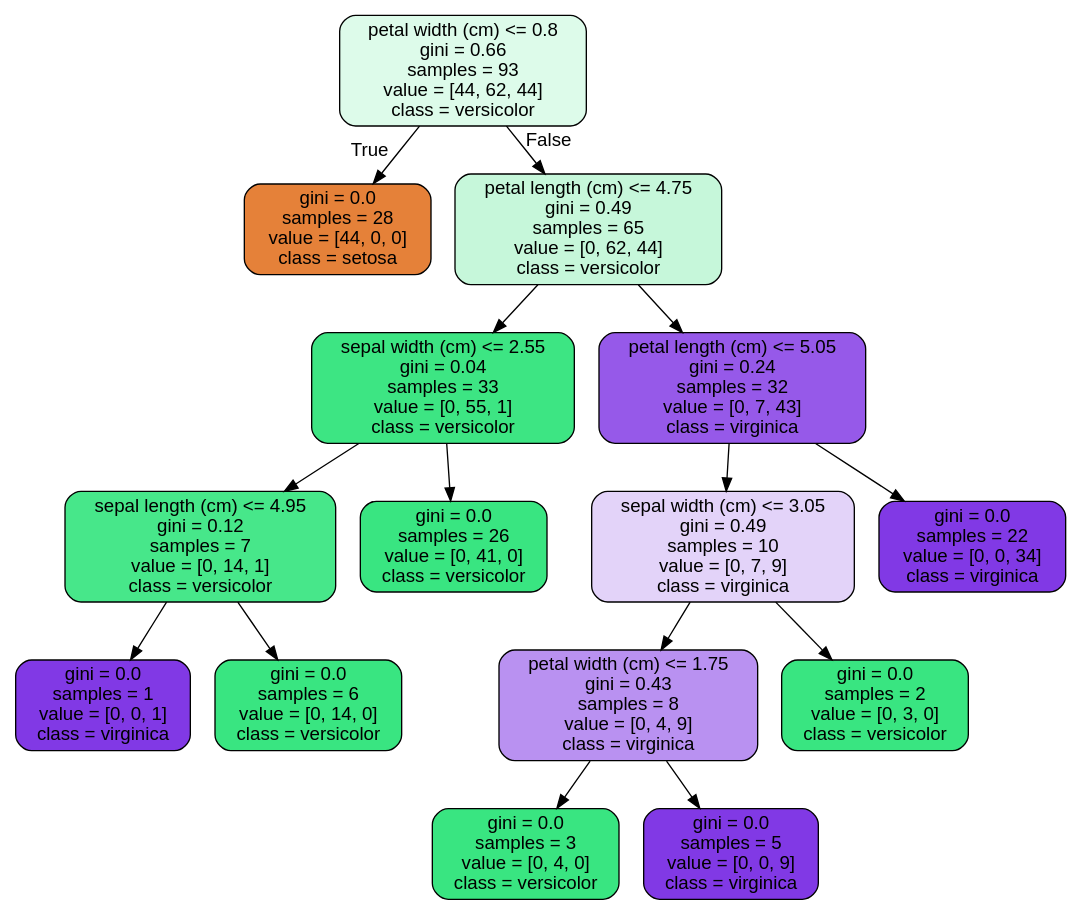
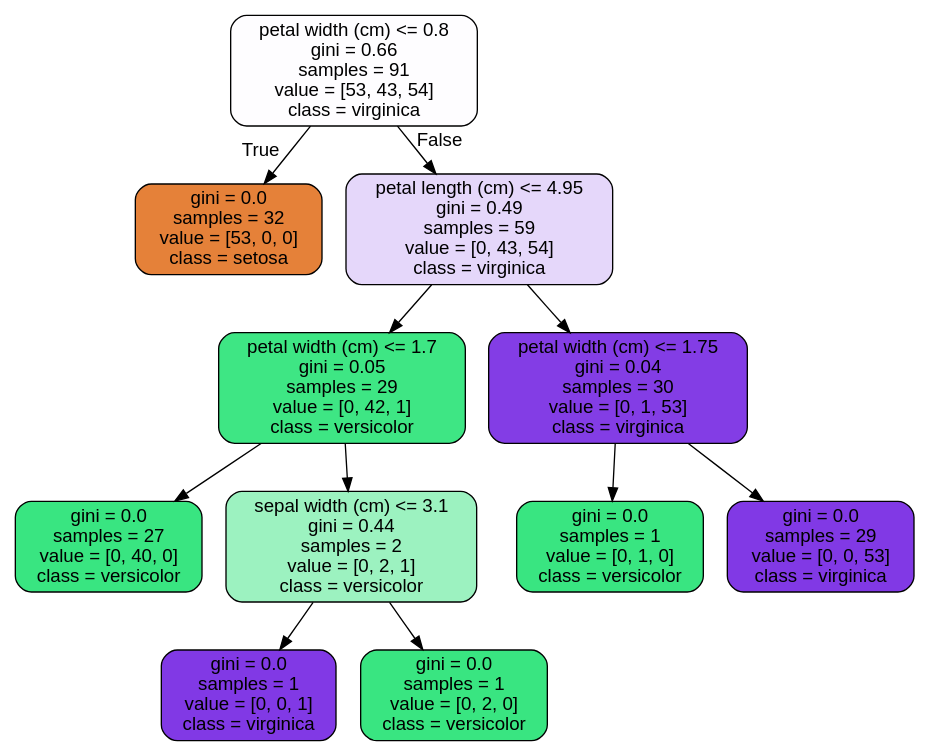
The diagram in 14.4RandomForest Covid Case Study_06302020/tree.dot (shenty1991/springboard), drawn with Graphviz before and after one commit. The commit also changed 9 other files, not shown here.

```diff
--- a/14.4RandomForest Covid Case Study_06302020/tree.dot
+++ b/14.4RandomForest Covid Case Study_06302020/tree.dot
@@ -1,33 +1,25 @@
 digraph Tree {
 node [shape=box, style="filled, rounded", color="black", fontname=helvetica] ;
 edge [fontname=helvetica] ;
-0 [label="petal width (cm) <= 0.8\ngini = 0.66\nsamples = 93\nvalue = [44, 62, 44]\nclass = versicolor", fillcolor="#ddfbea"] ;
-1 [label="gini = 0.0\nsamples = 28\nvalue = [44, 0, 0]\nclass = setosa", fillcolor="#e58139"] ;
+0 [label="petal width (cm) <= 0.8\ngini = 0.66\nsamples = 91\nvalue = [53, 43, 54]\nclass = virginica", fillcolor="#fefdff"] ;
+1 [label="gini = 0.0\nsamples = 32\nvalue = [53, 0, 0]\nclass = setosa", fillcolor="#e58139"] ;
 0 -> 1 [labeldistance=2.5, labelangle=45, headlabel="True"] ;
-2 [label="petal length (cm) <= 4.75\ngini = 0.49\nsamples = 65\nvalue = [0, 62, 44]\nclass = versicolor", fillcolor="#c6f7da"] ;
+2 [label="petal length (cm) <= 4.95\ngini = 0.49\nsamples = 59\nvalue = [0, 43, 54]\nclass = virginica", fillcolor="#e5d7fa"] ;
 0 -> 2 [labeldistance=2.5, labelangle=-45, headlabel="False"] ;
-3 [label="sepal width (cm) <= 2.55\ngini = 0.04\nsamples = 33\nvalue = [0, 55, 1]\nclass = versicolor", fillcolor="#3de583"] ;
+3 [label="petal width (cm) <= 1.7\ngini = 0.05\nsamples = 29\nvalue = [0, 42, 1]\nclass = versicolor", fillcolor="#3ee684"] ;
 2 -> 3 ;
-4 [label="sepal length (cm) <= 4.95\ngini = 0.12\nsamples = 7\nvalue = [0, 14, 1]\nclass = versicolor", fillcolor="#47e78a"] ;
+4 [label="gini = 0.0\nsamples = 27\nvalue = [0, 40, 0]\nclass = versicolor", fillcolor="#39e581"] ;
 3 -> 4 ;
-5 [label="gini = 0.0\nsamples = 1\nvalue = [0, 0, 1]\nclass = virginica", fillcolor="#8139e5"] ;
-4 -> 5 ;
-6 [label="gini = 0.0\nsamples = 6\nvalue = [0, 14, 0]\nclass = versicolor", fillcolor="#39e581"] ;
-4 -> 6 ;
-7 [label="gini = 0.0\nsamples = 26\nvalue = [0, 41, 0]\nclass = versicolor", fillcolor="#39e581"] ;
-3 -> 7 ;
-8 [label="petal length (cm) <= 5.05\ngini = 0.24\nsamples = 32\nvalue = [0, 7, 43]\nclass = virginica", fillcolor="#9659e9"] ;
+5 [label="sepal width (cm) <= 3.1\ngini = 0.44\nsamples = 2\nvalue = [0, 2, 1]\nclass = versicolor", fillcolor="#9cf2c0"] ;
+3 -> 5 ;
+6 [label="gini = 0.0\nsamples = 1\nvalue = [0, 0, 1]\nclass = virginica", fillcolor="#8139e5"] ;
+5 -> 6 ;
+7 [label="gini = 0.0\nsamples = 1\nvalue = [0, 2, 0]\nclass = versicolor", fillcolor="#39e581"] ;
+5 -> 7 ;
+8 [label="petal width (cm) <= 1.75\ngini = 0.04\nsamples = 30\nvalue = [0, 1, 53]\nclass = virginica", fillcolor="#833de5"] ;
 2 -> 8 ;
-9 [label="sepal width (cm) <= 3.05\ngini = 0.49\nsamples = 10\nvalue = [0, 7, 9]\nclass = virginica", fillcolor="#e3d3f9"] ;
+9 [label="gini = 0.0\nsamples = 1\nvalue = [0, 1, 0]\nclass = versicolor", fillcolor="#39e581"] ;
 8 -> 9 ;
-10 [label="petal width (cm) <= 1.75\ngini = 0.43\nsamples = 8\nvalue = [0, 4, 9]\nclass = virginica", fillcolor="#b991f1"] ;
-9 -> 10 ;
-11 [label="gini = 0.0\nsamples = 3\nvalue = [0, 4, 0]\nclass = versicolor", fillcolor="#39e581"] ;
-10 -> 11 ;
-12 [label="gini = 0.0\nsamples = 5\nvalue = [0, 0, 9]\nclass = virginica", fillcolor="#8139e5"] ;
-10 -> 12 ;
-13 [label="gini = 0.0\nsamples = 2\nvalue = [0, 3, 0]\nclass = versicolor", fillcolor="#39e581"] ;
-9 -> 13 ;
-14 [label="gini = 0.0\nsamples = 22\nvalue = [0, 0, 34]\nclass = virginica", fillcolor="#8139e5"] ;
-8 -> 14 ;
+10 [label="gini = 0.0\nsamples = 29\nvalue = [0, 0, 53]\nclass = virginica", fillcolor="#8139e5"] ;
+8 -> 10 ;
 }
```
